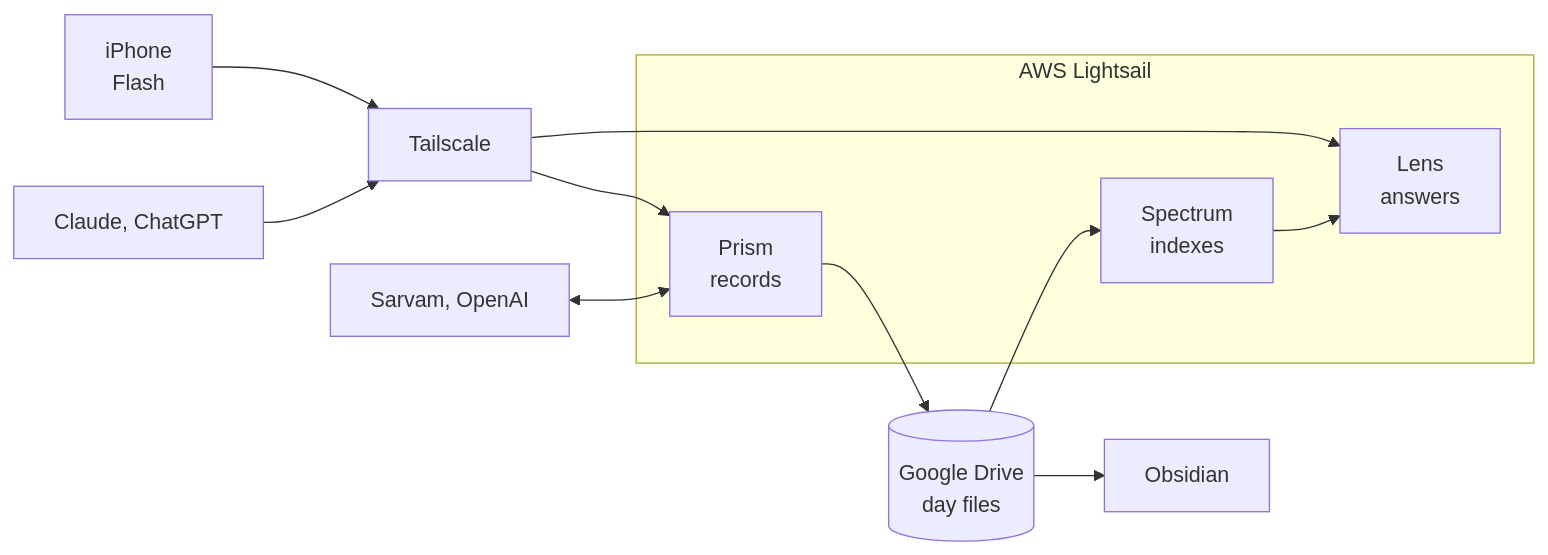
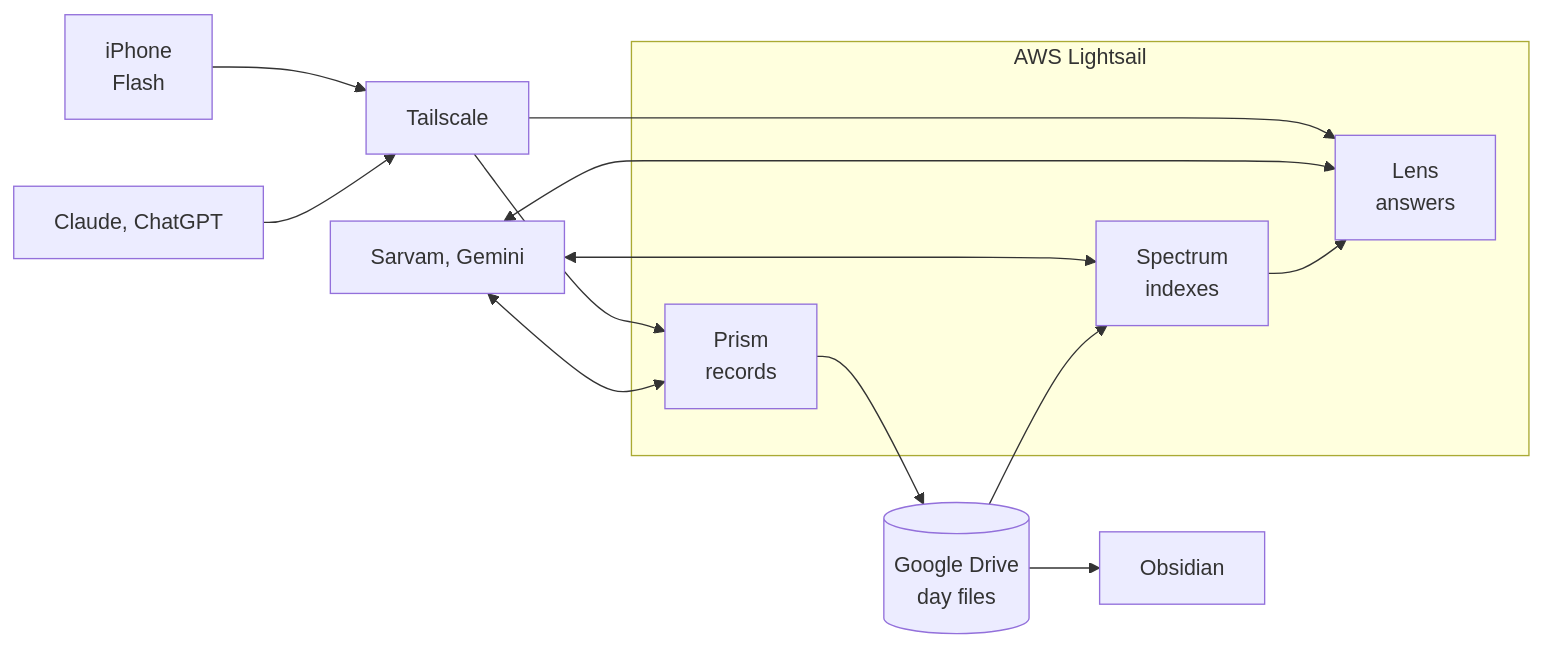
One commit to cbonthala/lumitrace changed the second of 2 diagrams in docs/architecture.md. Above: the diagram before and after it, drawn with Mermaid. The commit also changed other lines of this file and 79 other files, not shown here.

````diff
--- a/docs/architecture.md
+++ b/docs/architecture.md
@@ -39,26 +39,28 @@
 ```mermaid
 flowchart LR
     Phone["iPhone<br/>Flash"]
     AIApps["Claude, ChatGPT"]
     Tailscale["Tailscale"]
 
     subgraph Server["AWS Lightsail"]
         Prism["Prism<br/>records"]
         Spectrum["Spectrum<br/>indexes"]
         Lens["Lens<br/>answers"]
     end
 
     Drive[("Google Drive<br/>day files")]
     Obsidian["Obsidian"]
-    Models["Sarvam, OpenAI"]
+    Models["Sarvam, Gemini"]
 
     Phone --> Tailscale
     AIApps --> Tailscale
     Tailscale --> Prism
     Tailscale --> Lens
     Prism --> Drive
     Models <--> Prism
+    Models <--> Spectrum
+    Models <--> Lens
     Drive --> Spectrum
     Spectrum --> Lens
     Drive --> Obsidian
 ```
````
